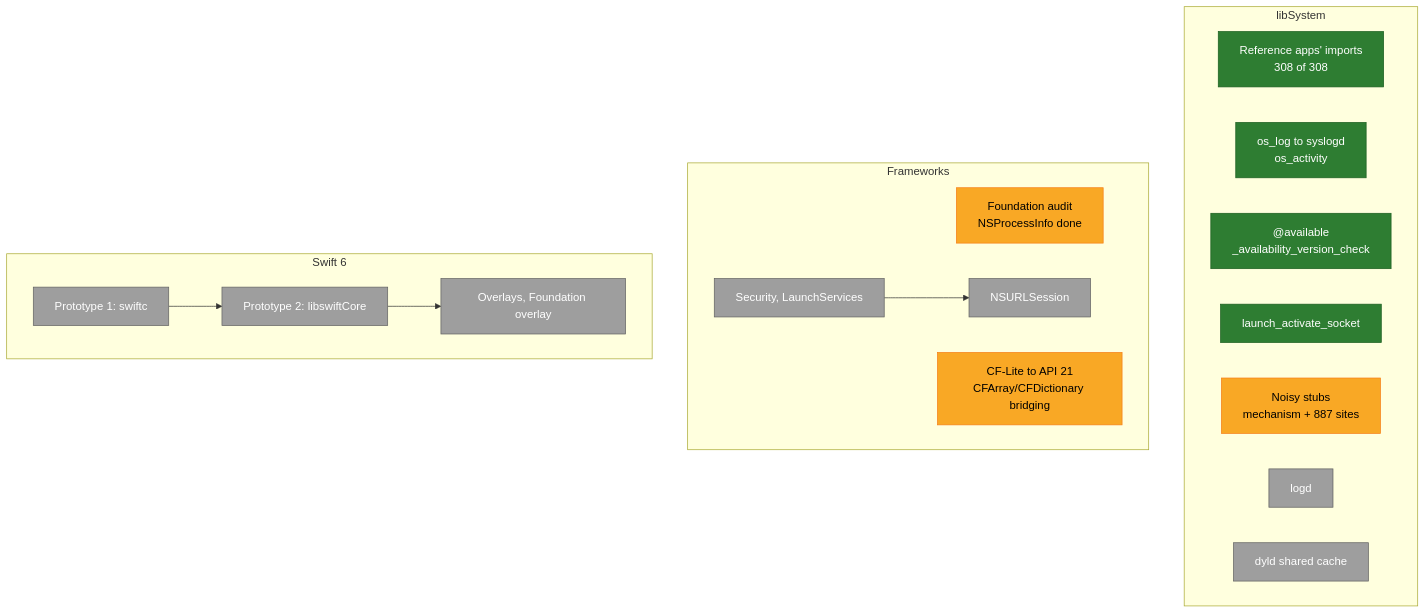
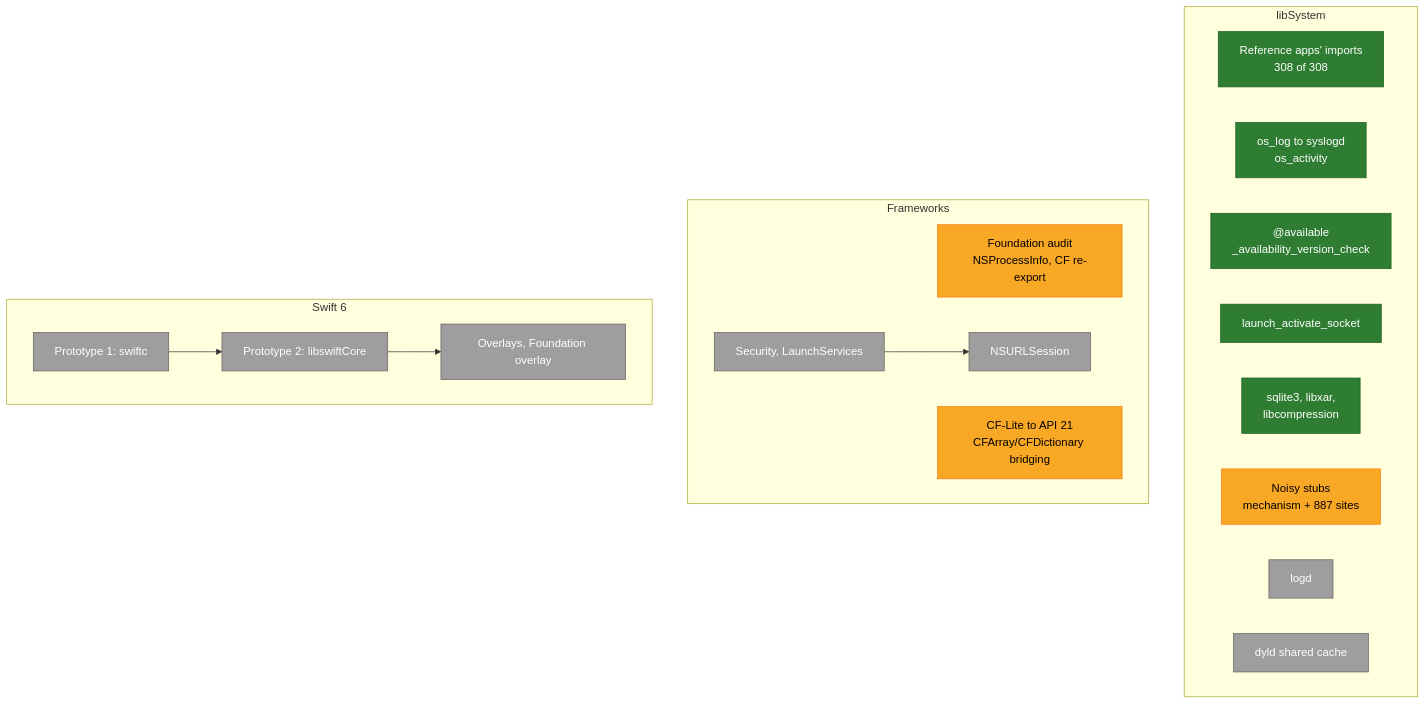
The second of 4 diagrams in Docs/Progress.md (minkaros/minkar), drawn with Mermaid before and after one commit. The commit also changed 3 other files, not shown here.

````diff
--- a/Docs/Progress.md
+++ b/Docs/Progress.md
@@ -37,29 +37,30 @@
 ```mermaid
 flowchart TB
     subgraph LS["libSystem"]
         L1["Reference apps' imports<br/>308 of 308"]:::done
         L2["os_log to syslogd<br/>os_activity"]:::done
         L3["@available<br/>_availability_version_check"]:::done
         L4["launch_activate_socket"]:::done
+        L8["sqlite3, libxar,<br/>libcompression"]:::done
         L5["Noisy stubs<br/>mechanism + 887 sites"]:::partial
         L6["logd"]:::todo
         L7["dyld shared cache"]:::todo
     end
     subgraph FW["Frameworks"]
-        F1["Foundation audit<br/>NSProcessInfo done"]:::partial
+        F1["Foundation audit<br/>NSProcessInfo, CF re-export"]:::partial
         F2["NSURLSession"]:::todo
         F3["CF-Lite to API 21<br/>CFArray/CFDictionary bridging"]:::partial
         F4["Security, LaunchServices"]:::todo
     end
     subgraph SW["Swift 6"]
         S1["Prototype 1: swiftc"]:::todo
         S2["Prototype 2: libswiftCore"]:::todo
         S3["Overlays, Foundation overlay"]:::todo
     end
     S1 --> S2 --> S3
     F4 --> F2
 
     classDef done fill:#2e7d32,stroke:#1b5e20,color:#fff
     classDef partial fill:#f9a825,stroke:#f57f17,color:#000
     classDef todo fill:#9e9e9e,stroke:#616161,color:#fff
 ```
````
